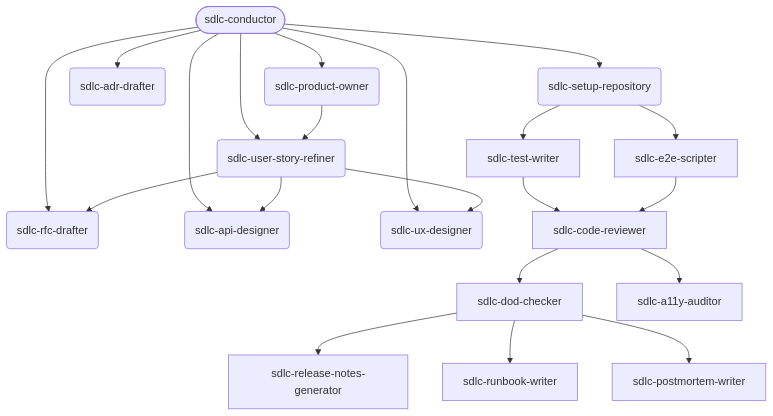
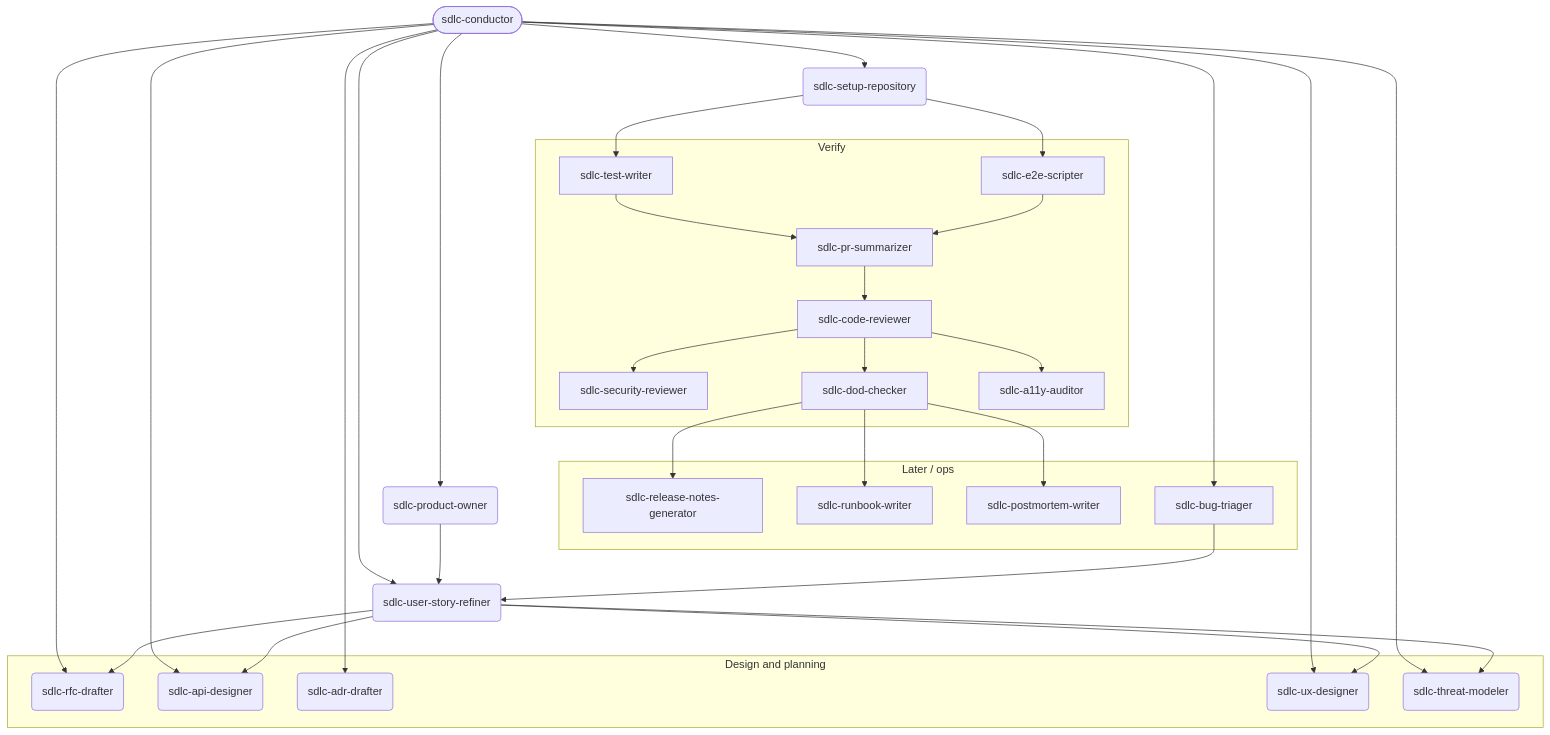
The diagram in mcp-server/data/templates/lifecycle_pipeline.md (mjbvilhena/ai-sdlc-harness), drawn with Mermaid before and after one commit. The commit also changed other lines of this file and 12 other files, not shown here.

First line of the commit message:
docs: name security and PR skills on the lifecycle mermaid

````diff
--- a/mcp-server/data/templates/lifecycle_pipeline.md
+++ b/mcp-server/data/templates/lifecycle_pipeline.md
@@ -27,49 +27,67 @@
 ```mermaid
 flowchart TD
     %% Parent Node
     Conductor([sdlc-conductor])
 
-    %% Middle Nodes
     PO(sdlc-product-owner)
     Refiner(sdlc-user-story-refiner)
-    RFC(sdlc-rfc-drafter)
-    API(sdlc-api-designer)
-    ADR(sdlc-adr-drafter)
-    UX(sdlc-ux-designer)
     Setup(sdlc-setup-repository)
 
-    %% Leaf Nodes
-    TestWriter[sdlc-test-writer]
-    E2E[sdlc-e2e-scripter]
-    CodeReviewer[sdlc-code-reviewer]
-    DoD[sdlc-dod-checker]
-    A11y[sdlc-a11y-auditor]
-    Release[sdlc-release-notes-generator]
-    Runbook[sdlc-runbook-writer]
-    Postmortem[sdlc-postmortem-writer]
+    subgraph DesignPlanning["Design and planning"]
+        RFC(sdlc-rfc-drafter)
+        API(sdlc-api-designer)
+        ADR(sdlc-adr-drafter)
+        UX(sdlc-ux-designer)
+        Threat(sdlc-threat-modeler)
+    end
+
+    subgraph Verify["Verify"]
+        TestWriter[sdlc-test-writer]
+        E2E[sdlc-e2e-scripter]
+        PRSum[sdlc-pr-summarizer]
+        CodeReviewer[sdlc-code-reviewer]
+        SecReview[sdlc-security-reviewer]
+        DoD[sdlc-dod-checker]
+        A11y[sdlc-a11y-auditor]
+    end
+
+    subgraph LaterOps["Later / ops"]
+        Release[sdlc-release-notes-generator]
+        Runbook[sdlc-runbook-writer]
+        Postmortem[sdlc-postmortem-writer]
+        Triage[sdlc-bug-triager]
+    end
 
     %% Hierarchy / Execution flow
     Conductor --> PO
     Conductor --> Refiner
     Conductor --> RFC
     Conductor --> API
     Conductor --> ADR
     Conductor --> UX
+    Conductor --> Threat
     Conductor --> Setup
-    
+
     PO --> Refiner
     Refiner --> RFC
     Refiner --> API
     Refiner --> UX
-    
+    Refiner --> Threat
+
     Setup --> TestWriter
     Setup --> E2E
-    TestWriter --> CodeReviewer
-    E2E --> CodeReviewer
+    TestWriter --> PRSum
+    E2E --> PRSum
+    PRSum --> CodeReviewer
+    CodeReviewer --> SecReview
     CodeReviewer --> DoD
     CodeReviewer --> A11y
-    
+
     DoD --> Release
     DoD --> Runbook
     DoD --> Postmortem
+
+    %% Intake / re-entry — not the setup-to-tests happy path
+    Conductor --> Triage
+    Triage --> Refiner
 ```
````
